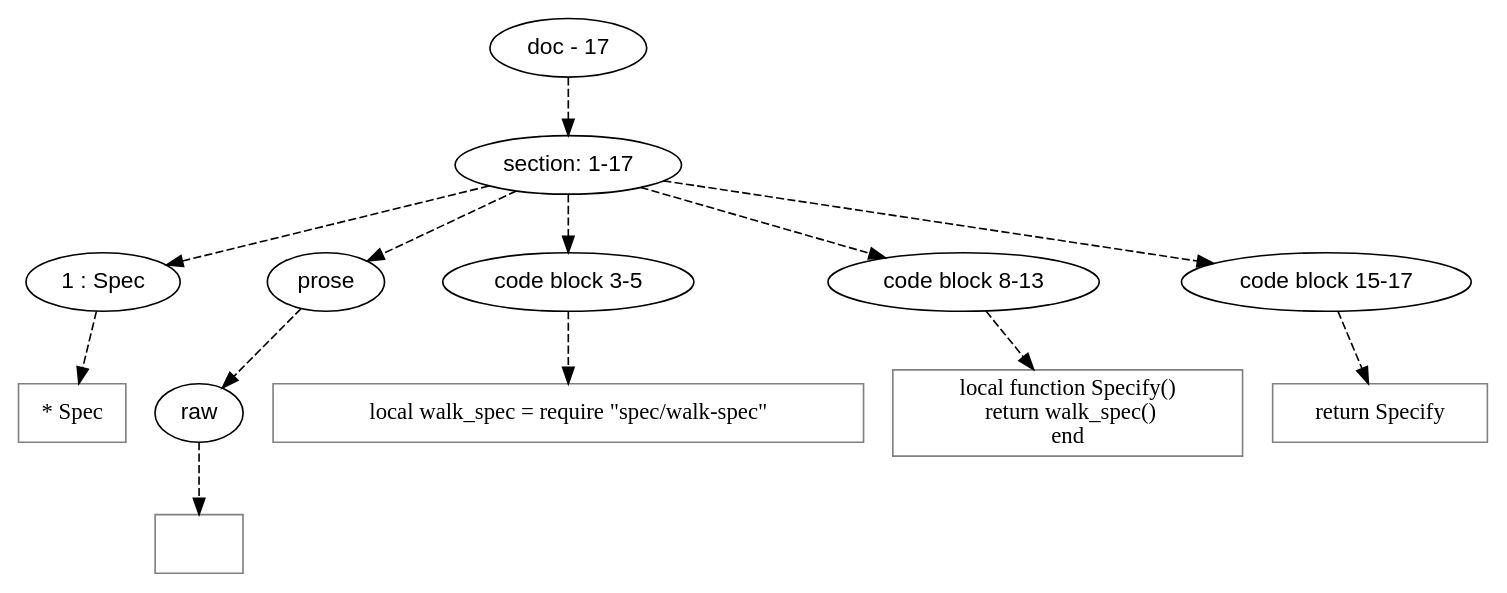
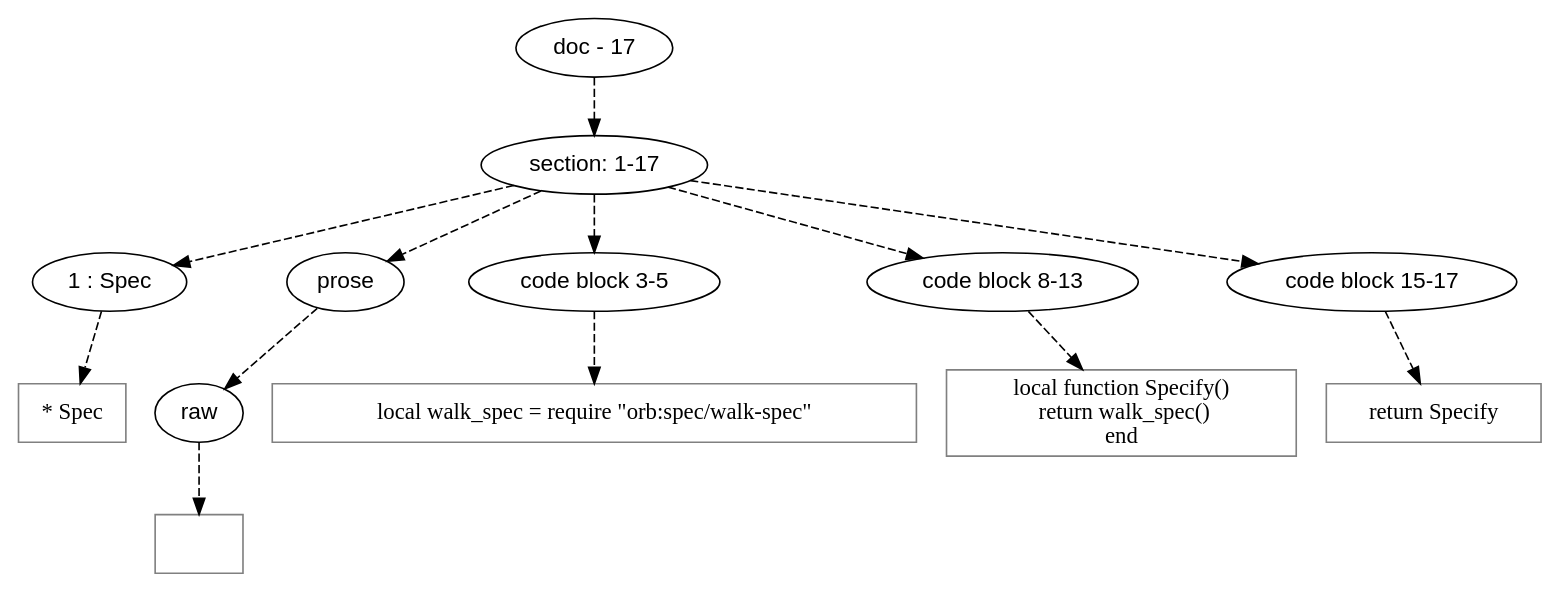
The diagram in doc/dot/spec/spec.dot (mnemnion/orb), drawn with Graphviz before and after one commit. The commit also changed 85 other files, not shown here.

```diff
--- a/doc/dot/spec/spec.dot
+++ b/doc/dot/spec/spec.dot
@@ -1,66 +1,66 @@
 digraph lpegNode {
 
 node [fontname=Helvetica]
 edge [style=dashed]
 
 doc_0 [label="doc - 17"]
 
 
 doc_0 -> { section_1}
 {rank=same; section_1}
 
 section_1 [label="section: 1-17"]
 
 
 // END RANK doc_0
 
 section_1 -> { header_2 prose_3 codeblock_4 codeblock_5 codeblock_6}
 {rank=same; header_2 prose_3 codeblock_4 codeblock_5 codeblock_6}
 
 header_2 [label="1 : Spec"]
 
 prose_3 [label="prose"]
 
 codeblock_4 [label="code block 3-5"]
 
 codeblock_5 [label="code block 8-13"]
 
 codeblock_6 [label="code block 15-17"]
 
 
 // END RANK section_1
 
 header_2 -> leaf_7
 leaf_7  [color=Gray,shape=rectangle,fontname=Inconsolata,label="* Spec"]
 // END RANK header_2
 
 prose_3 -> { raw_8}
 {rank=same; raw_8}
 
 raw_8 [label="raw"]
 
 
 // END RANK prose_3
 
 raw_8 -> leaf_9
 leaf_9  [color=Gray,shape=rectangle,fontname=Inconsolata,label="
 "]
 // END RANK raw_8
 
 codeblock_4 -> leaf_10
-leaf_10  [color=Gray,shape=rectangle,fontname=Inconsolata,label="local walk_spec = require \"spec/walk-spec\""]
+leaf_10  [color=Gray,shape=rectangle,fontname=Inconsolata,label="local walk_spec = require \"orb:spec/walk-spec\""]
 // END RANK codeblock_4
 
 codeblock_5 -> leaf_11
 leaf_11  [color=Gray,shape=rectangle,fontname=Inconsolata,label="local function Specify()
   return walk_spec()
 end
 "]
 // END RANK codeblock_5
 
 codeblock_6 -> leaf_12
 leaf_12  [color=Gray,shape=rectangle,fontname=Inconsolata,label="return Specify"]
 // END RANK codeblock_6
 
 
 }
```
